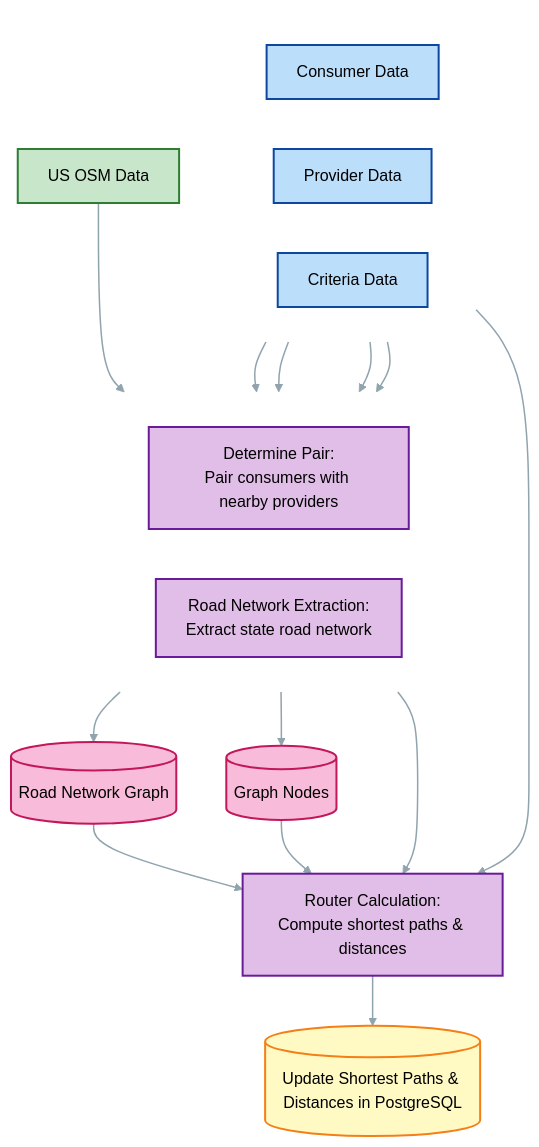
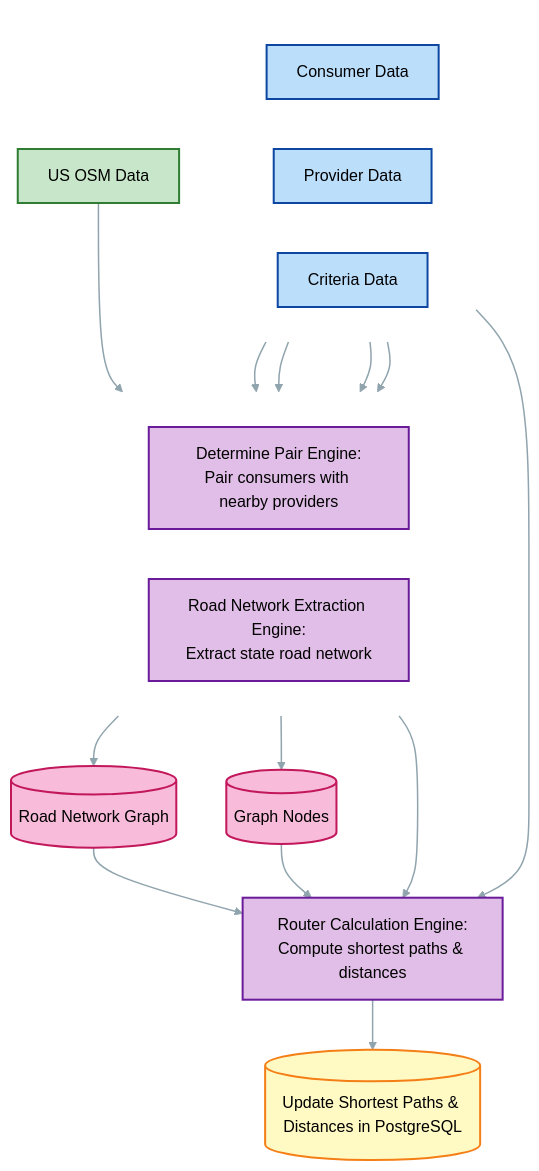
One commit to amritrajpatra/test-project changed the diagram in Network Adequacy 2.md. Above: the diagram before and after it, drawn with Mermaid.

Commit message:
Update Network Adequacy 2.md

````diff
--- a/Network Adequacy 2.md
+++ b/Network Adequacy 2.md
@@ -9,53 +9,53 @@
 ```mermaid
 flowchart TD
     subgraph ROW1 [ ]
         direction LR
         CONSUMER[Consumer Data]
         PROVIDER[Provider Data]
         CRITERIA[Criteria Data]
     end
 
     OSM[US OSM Data]
 
     subgraph ROW2 [ ]
         direction LR
-        PAIR[Determine Pair:<br/>Pair consumers with nearby providers]
-        EXTRACT[Road Network Extraction:<br/>Extract state road network]
+        PAIR[Determine Pair Engine:<br/>Pair consumers with nearby providers]
+        EXTRACT[Road Network Extraction Engine:<br/>Extract state road network]
     end
 
     GRAPH[(Road Network Graph)]
     NODE[(Graph Nodes)]
     
-    ROUTER[Router Calculation:<br/>Compute shortest paths & distances]
+    ROUTER[Router Calculation Engine:<br/>Compute shortest paths & distances]
     
     OUTPUT[(Update Shortest Paths & Distances in PostgreSQL)]
 
     CONSUMER --> PAIR
     PROVIDER --> PAIR
     CRITERIA --> PAIR
     CRITERIA --> EXTRACT
     OSM --> EXTRACT
     EXTRACT --> GRAPH
     EXTRACT --> NODE
     PAIR --> ROUTER
     GRAPH --> ROUTER
     NODE --> ROUTER
     CONSUMER --> ROUTER
     ROUTER --> OUTPUT
 
     style ROW1 fill:none,stroke:none
     style ROW2 fill:none,stroke:none
 
     style CONSUMER fill:#bbdefb,stroke:#0d47a1,stroke-width:2px,color:#000
     style PROVIDER fill:#bbdefb,stroke:#0d47a1,stroke-width:2px,color:#000
     style CRITERIA fill:#bbdefb,stroke:#0d47a1,stroke-width:2px,color:#000
     style OSM fill:#c8e6c9,stroke:#2e7d32,stroke-width:2px,color:#000
     style PAIR fill:#e1bee7,stroke:#6a1b9a,stroke-width:2px,color:#000
     style EXTRACT fill:#e1bee7,stroke:#6a1b9a,stroke-width:2px,color:#000
     style GRAPH fill:#f8bbd9,stroke:#c2185b,stroke-width:2px,color:#000
     style NODE fill:#f8bbd9,stroke:#c2185b,stroke-width:2px,color:#000
     style ROUTER fill:#e1bee7,stroke:#6a1b9a,stroke-width:2px,color:#000
     style OUTPUT fill:#fff9c4,stroke:#f57f17,stroke-width:2px,color:#000
 
     linkStyle default stroke:#90a4ae,stroke-width:1.5px
 ```
````
